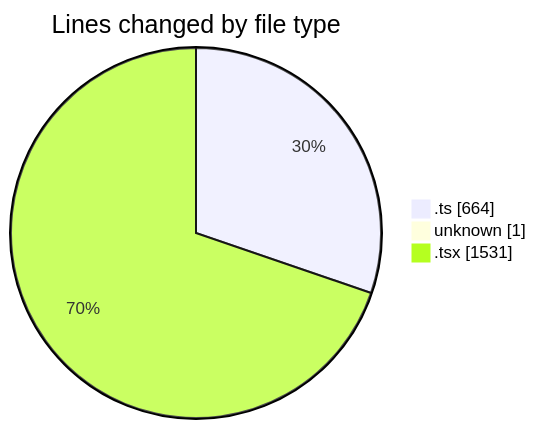
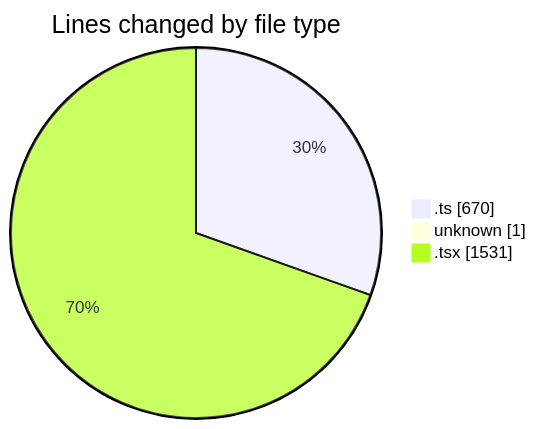
One commit to robertbonfada/code-tracking changed the first of 2 diagrams in 2025-02-17/mbc-web/README.md. Above: the diagram before and after it, drawn with Mermaid. The commit also changed other lines of this file and 1 other file, not shown here.

````diff
--- a/2025-02-17/mbc-web/README.md
+++ b/2025-02-17/mbc-web/README.md
@@ -32,7 +32,7 @@
 ```mermaid
 pie showData
 title Lines changed by file type
-".ts" : 664
+".ts" : 670
 "unknown" : 1
 ".tsx" : 1531
 ```
````
